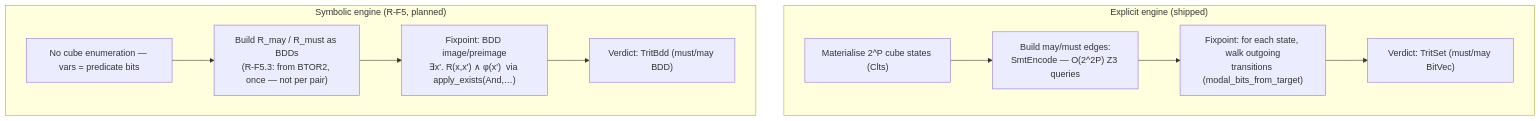
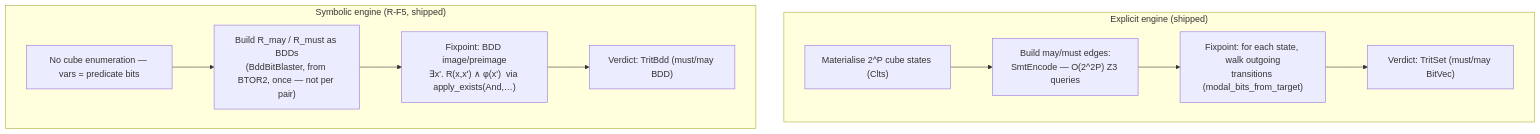
One commit to vscorza/mununu changed the fifth of 9 diagrams in docs/design/post-rf5-architecture.md. Above: the diagram before and after it, drawn with Mermaid. The commit also changed other lines of this file and 2 other files, not shown here.

````diff
--- a/docs/design/post-rf5-architecture.md
+++ b/docs/design/post-rf5-architecture.md
@@ -271,17 +282,17 @@
 ```mermaid
 flowchart TB
   subgraph EX["Explicit engine (shipped)"]
     ex1["Materialise 2^P cube states (Clts)"]
     ex2["Build may/must edges:<br/>SmtEncode — O(2^2P) Z3 queries"]
     ex3["Fixpoint: for each state, walk outgoing<br/>transitions (modal_bits_from_target)"]
     ex4["Verdict: TritSet (must/may BitVec)"]
     ex1 --> ex2 --> ex3 --> ex4
   end
-  subgraph SY["Symbolic engine (R-F5, planned)"]
+  subgraph SY["Symbolic engine (R-F5, shipped)"]
     sy1["No cube enumeration — vars = predicate bits"]
-    sy2["Build R_may / R_must as BDDs<br/>(R-F5.3: from BTOR2, once — not per pair)"]
+    sy2["Build R_may / R_must as BDDs<br/>(BddBitBlaster, from BTOR2, once — not per pair)"]
     sy3["Fixpoint: BDD image/preimage<br/>∃x'. R(x,x') ∧ φ(x')  via apply_exists(And,…)"]
     sy4["Verdict: TritBdd (must/may BDD)"]
     sy1 --> sy2 --> sy3 --> sy4
   end
 ```
````
